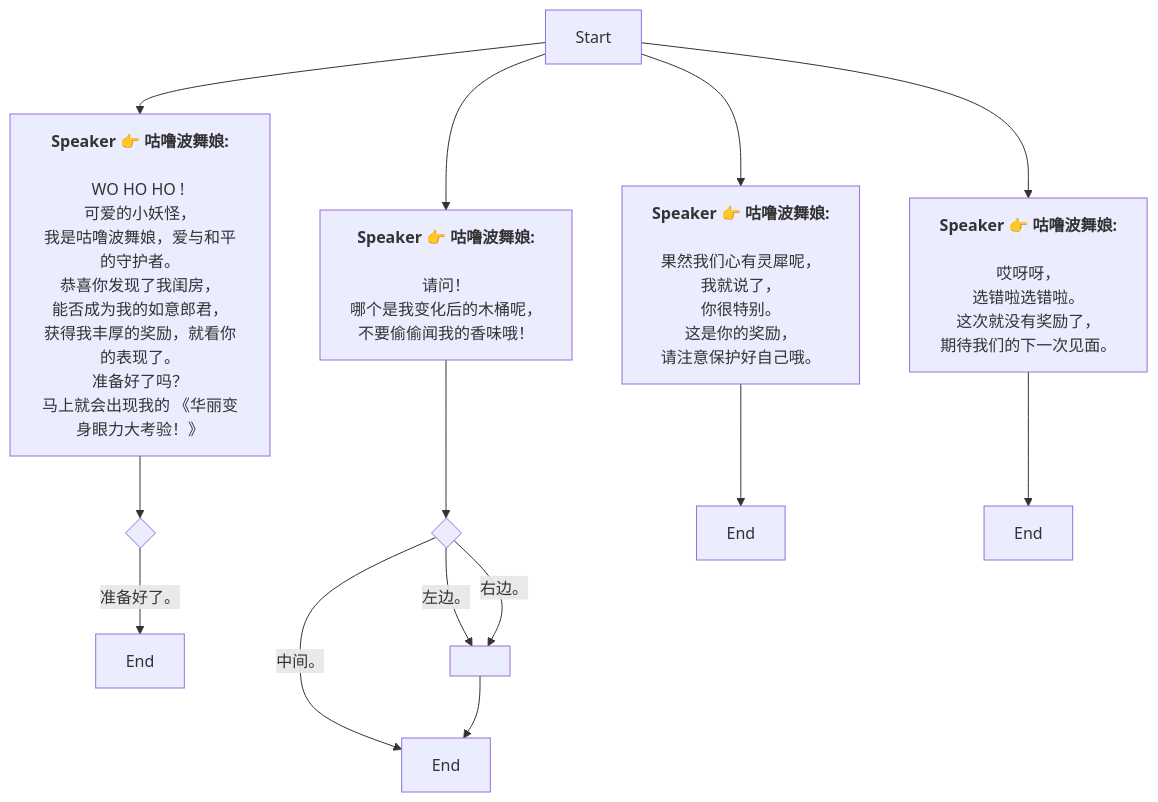
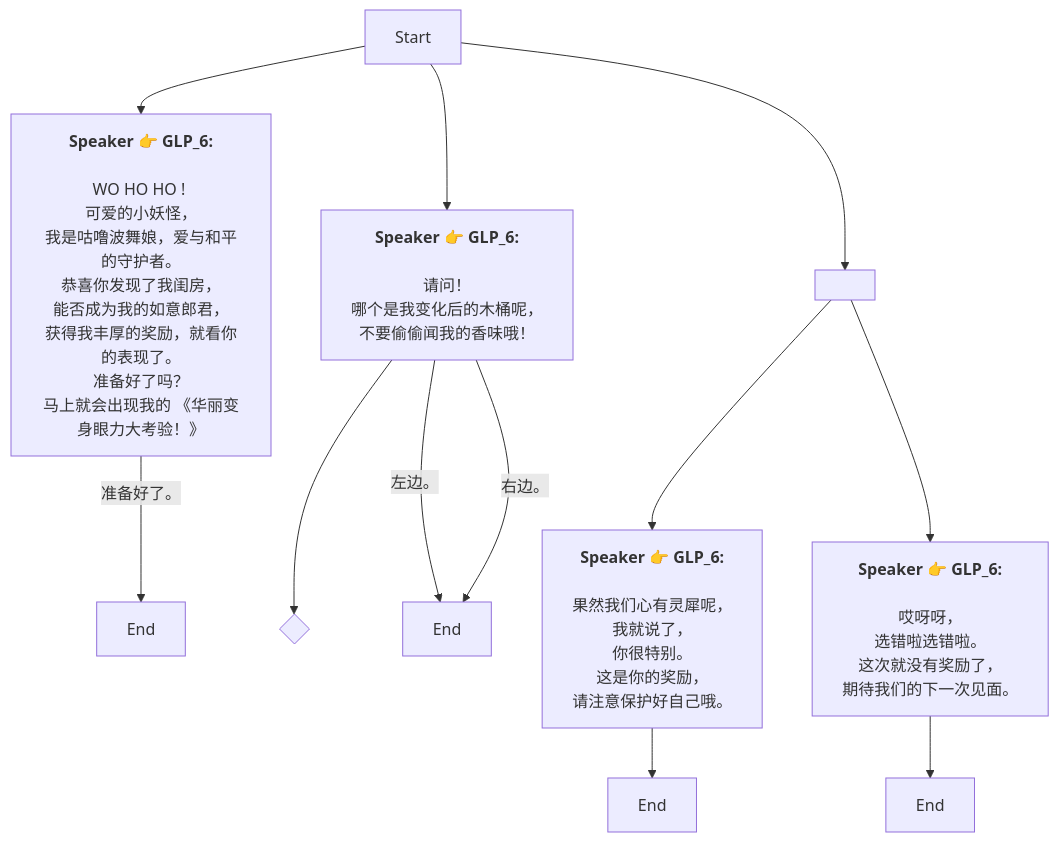
One commit to SoftHu/tos_avg changed the diagram in Zh/4_4_6_maze.md. Above: the diagram before and after it, drawn with Mermaid. The commit also changed 737 other files, not shown here.

````diff
--- a/Zh/4_4_6_maze.md
+++ b/Zh/4_4_6_maze.md
@@ -1,41 +1,31 @@
 ```mermaid
 graph
-Start -->1751193153645843[<b>Speaker 👉 咕噜波舞娘:</b>
-
-WO HO HO ! 
+Start -->1751193153645843[<b>Speaker 👉 GLP_6:</b>
+\nWO HO HO ! 
 可爱的小妖怪，
-我是咕噜波舞娘，爱与和平的守护者。
-恭喜你发现了我闺房，
+我是咕噜波舞娘，爱与和平的守护者。\n恭喜你发现了我闺房，
 能否成为我的如意郎君，
-获得我丰厚的奖励，就看你的表现了。
-准备好了吗？
+获得我丰厚的奖励，就看你的表现了。\n准备好了吗？
 马上就会出现我的 《华丽变身眼力大考验！》]
-1751193153645843 -->1751196668154133{ }
-1751196668154133 -->|准备好了。|1751196666168596[End]
-Start -->1751196687749401[<b>Speaker 👉 咕噜波舞娘:</b>
-
-请问！
+1751193153645843 -->|准备好了。|1751196666168596[End]
+Start -->1751196687749401[<b>Speaker 👉 GLP_6:</b>
+\n请问！
 哪个是我变化后的木桶呢，
 不要偷偷闻我的香味哦！]
-1751196687749401 -->1751196735400218{ }
-1751196735400218 -->|左边。|1751196830360868[ ]
-1751196735400218 -->|右边。|1751196830360868[ ]
-1751196735400218 -->|中间。|1751196853955877[End]
-1751196830360868 -->1751196853955877[End]
-Start -->1751196864808231[<b>Speaker 👉 咕噜波舞娘:</b>
-
-果然我们心有灵犀呢，
+1751196687749401 -->1751196830360868{ }
+1751196687749401 -->|左边。|1751196853955877[End]
+1751196687749401 -->|右边。|1751196853955877[End]
+Start -->1751196867413288[ ]
+1751196867413288 -->1751196864808231[<b>Speaker 👉 GLP_6:</b>
+\n果然我们心有灵犀呢，
 我就说了，
-你很特别。
-这是你的奖励，
+你很特别。\n这是你的奖励，
 请注意保护好自己哦。]
-Start -->1751197036869931[<b>Speaker 👉 咕噜波舞娘:</b>
-
-哎呀呀，
-选错啦选错啦。
-这次就没有奖励了，
+1751196867413288 -->1751197036869931[<b>Speaker 👉 GLP_6:</b>
+\n哎呀呀，
+选错啦选错啦。\n这次就没有奖励了，
 期待我们的下一次见面。]
 1751196864808231 -->1751197029170474[End]
 1751197036869931 -->1751198576906540[End]
 
- ```
+```
````
